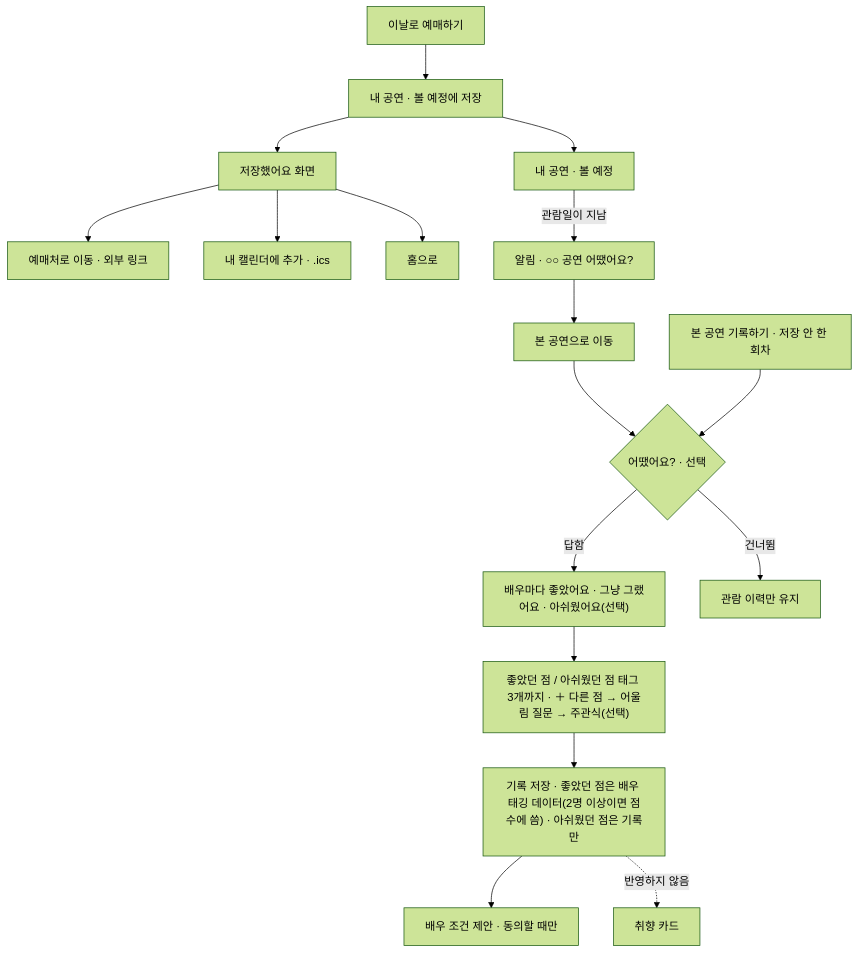
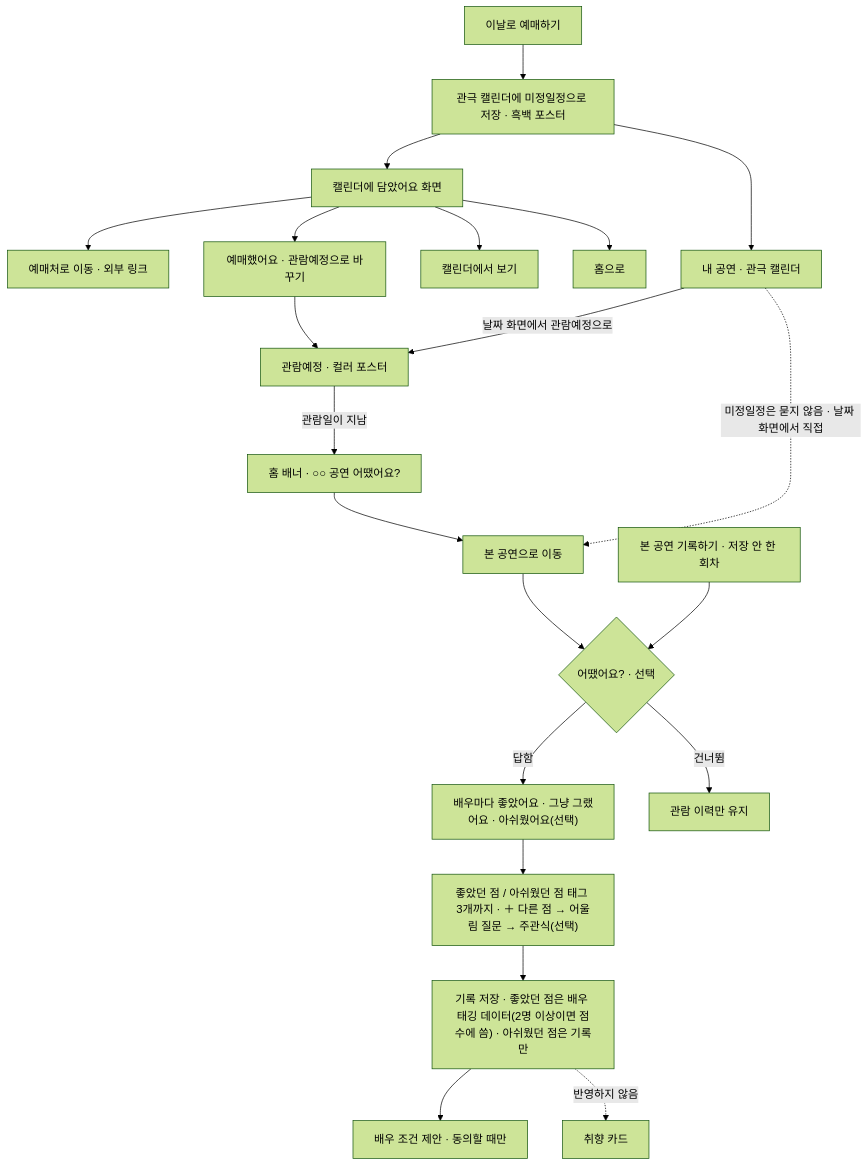
Before and after one commit to 2ma1995/pickle-src: the eighth of 8 diagrams in docs/261027_2_MVP_사용자흐름.md, drawn with Mermaid (forest theme). The commit also changed other lines of this file and 2 other files, not shown here.

First line of the commit message:
관람 후 '어땠어요?'는 관람예정 일정만, MVP 사용자 흐름 문서 v1.2

````diff
--- a/docs/261027_2_MVP_사용자흐름.md
+++ b/docs/261027_2_MVP_사용자흐름.md
@@ -514,19 +536,23 @@
 ```mermaid
 flowchart TD
-    BOOK["이날로 예매하기"] --> SAVE["내 공연 · 볼 예정에 저장"]
-    SAVE --> DONE["저장했어요 화면"]
+    BOOK["이날로 예매하기"] --> SAVE["관극 캘린더에 미정일정으로 저장 · 흑백 포스터"]
+    SAVE --> DONE["캘린더에 담았어요 화면"]
     DONE --> T["예매처로 이동 · 외부 링크"]
-    DONE --> ICS["내 캘린더에 추가 · .ics"]
+    DONE --> BK["예매했어요 · 관람예정으로 바꾸기"]
+    DONE --> CAL["캘린더에서 보기"]
     DONE --> HOME["홈으로"]
-    SAVE --> LIST["내 공연 · 볼 예정"]
-    LIST -->|관람일이 지남| NOTI["알림 · ○○ 공연 어땠어요?"]
+    SAVE --> LIST["내 공연 · 관극 캘린더"]
+    LIST -->|날짜 화면에서 관람예정으로| BOOKED["관람예정 · 컬러 포스터"]
+    BK --> BOOKED
+    BOOKED -->|관람일이 지남| NOTI["홈 배너 · ○○ 공연 어땠어요?"]
+    LIST -.->|미정일정은 묻지 않음 · 날짜 화면에서 직접| SEEN
     NOTI --> SEEN["본 공연으로 이동"]
     SEEN --> MOOD{"어땠어요? · 선택"}
     MOOD -->|답함| RATE["배우마다 좋았어요 · 그냥 그랬어요 · 아쉬웠어요(선택)"]
     RATE --> TAGS["좋았던 점 / 아쉬웠던 점 태그 3개까지 · ＋ 다른 점 → 어울림 질문 → 주관식(선택)"]
     TAGS --> KEEP["기록 저장 · 좋았던 점은 배우 태깅 데이터(2명 이상이면 점수에 씀) · 아쉬웠던 점은 기록만"]
     KEEP --> SUG["배우 조건 제안 · 동의할 때만"]
     MOOD -->|건너뜀| KEEP2["관람 이력만 유지"]
     KEEP -.->|반영하지 않음| CARD["취향 카드"]
     FREE["본 공연 기록하기 · 저장 안 한 회차"] --> MOOD
 ```
````
